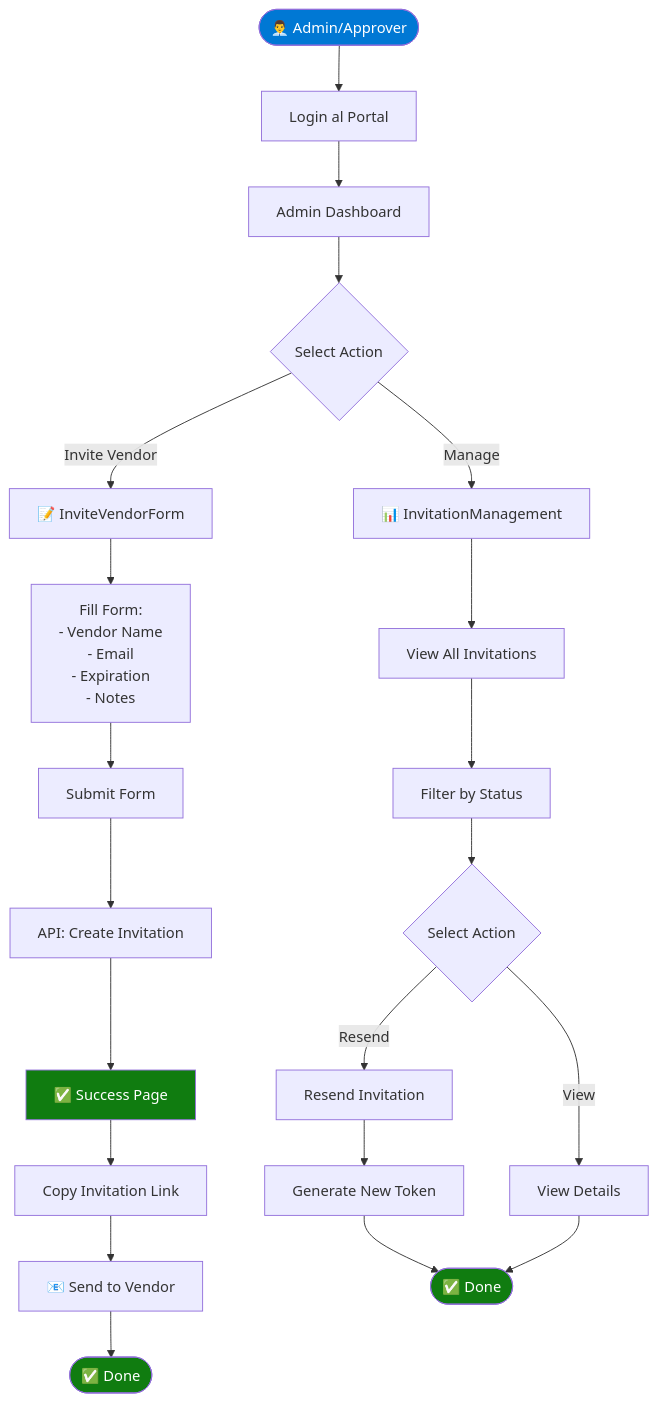
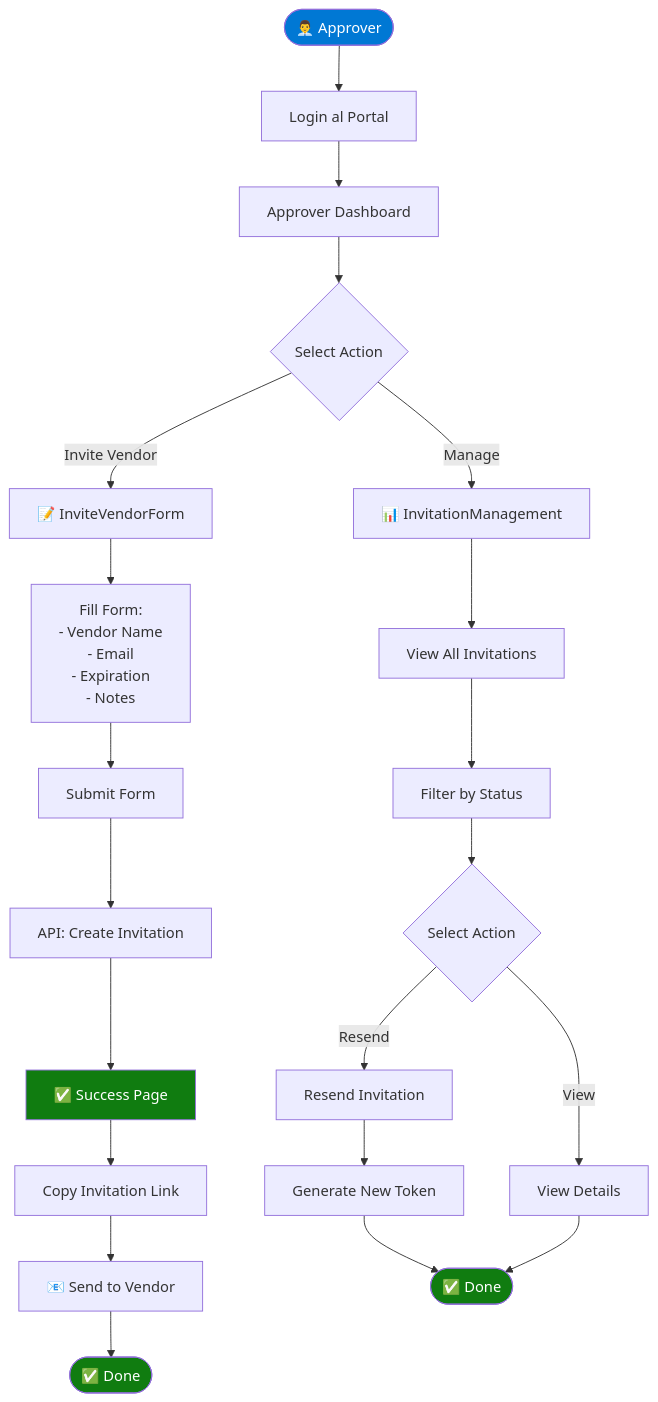
The third of 8 diagrams in docs/features/invitations.md (jplopezinnohunt/vendor-mdm-portal), drawn with Mermaid before and after one commit. The commit also changed other lines of this file and 42 other files, not shown here.

Commit message:
feat: complete invitation flow, system status monitoring, and vendor search integration

````diff
--- a/docs/features/invitations.md
+++ b/docs/features/invitations.md
@@ -144,31 +144,31 @@
 ```mermaid
 flowchart TD
-    Start([👨‍💼 Admin/Approver]) --> Login[Login al Portal]
-    Login --> Dashboard[Admin Dashboard]
+    Start([👨‍💼 Approver]) --> Login[Login al Portal]
+    Login --> Dashboard[Approver Dashboard]
     Dashboard --> Nav{Select Action}
     
     Nav -->|Invite Vendor| CreateForm[📝 InviteVendorForm]
     Nav -->|Manage| ManageView[📊 InvitationManagement]
     
     CreateForm --> FillForm[Fill Form:<br/>- Vendor Name<br/>- Email<br/>- Expiration<br/>- Notes]
     FillForm --> Submit[Submit Form]
     Submit --> API1[API: Create Invitation]
     API1 --> Success[✅ Success Page]
     Success --> CopyLink[Copy Invitation Link]
     CopyLink --> SendEmail[📧 Send to Vendor]
     SendEmail --> End1([✅ Done])
     
     ManageView --> ViewList[View All Invitations]
     ViewList --> Filter[Filter by Status]
     Filter --> Actions{Select Action}
     Actions -->|Resend| Resend[Resend Invitation]
     Actions -->|View| ViewDetails[View Details]
     Resend --> NewToken[Generate New Token]
     NewToken --> End2([✅ Done])
     ViewDetails --> End2
     
     style Start fill:#0078d4,color:#fff
     style Success fill:#107c10,color:#fff
     style End1 fill:#107c10,color:#fff
     style End2 fill:#107c10,color:#fff
 ```
````
